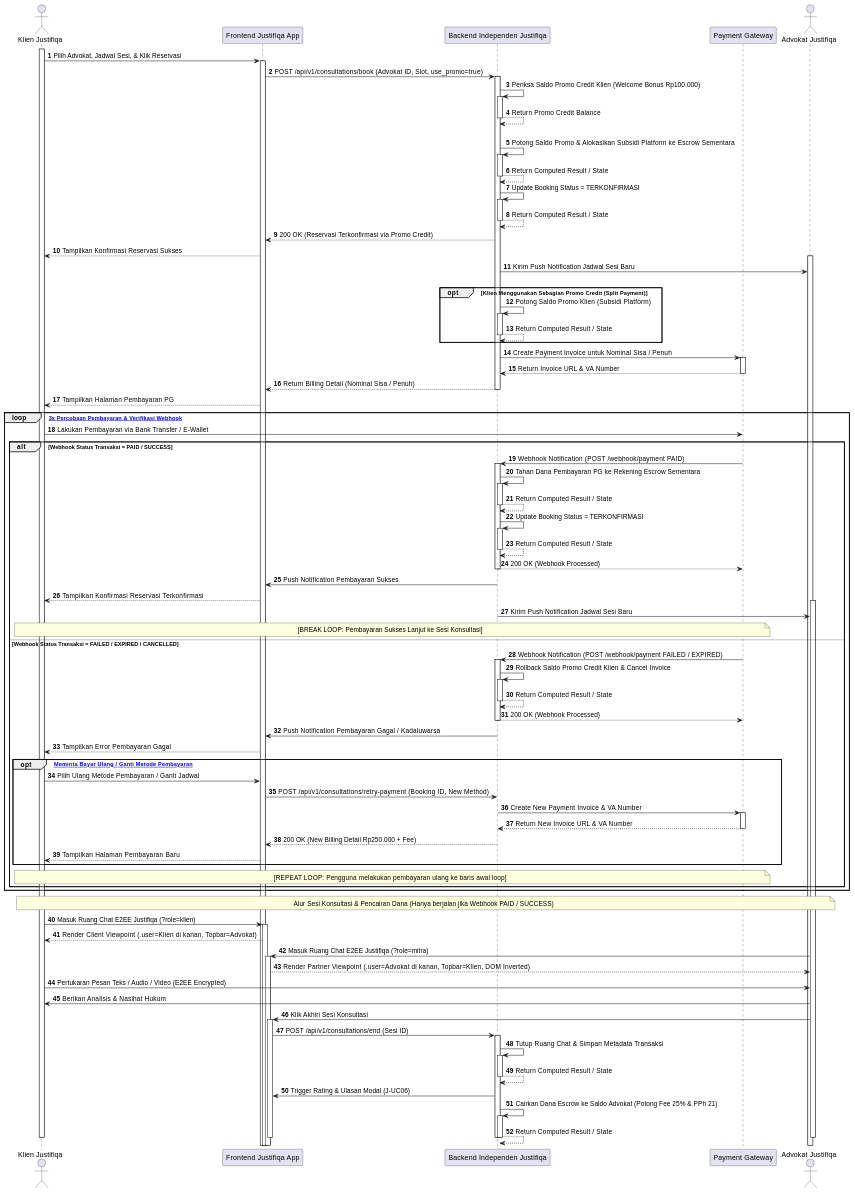
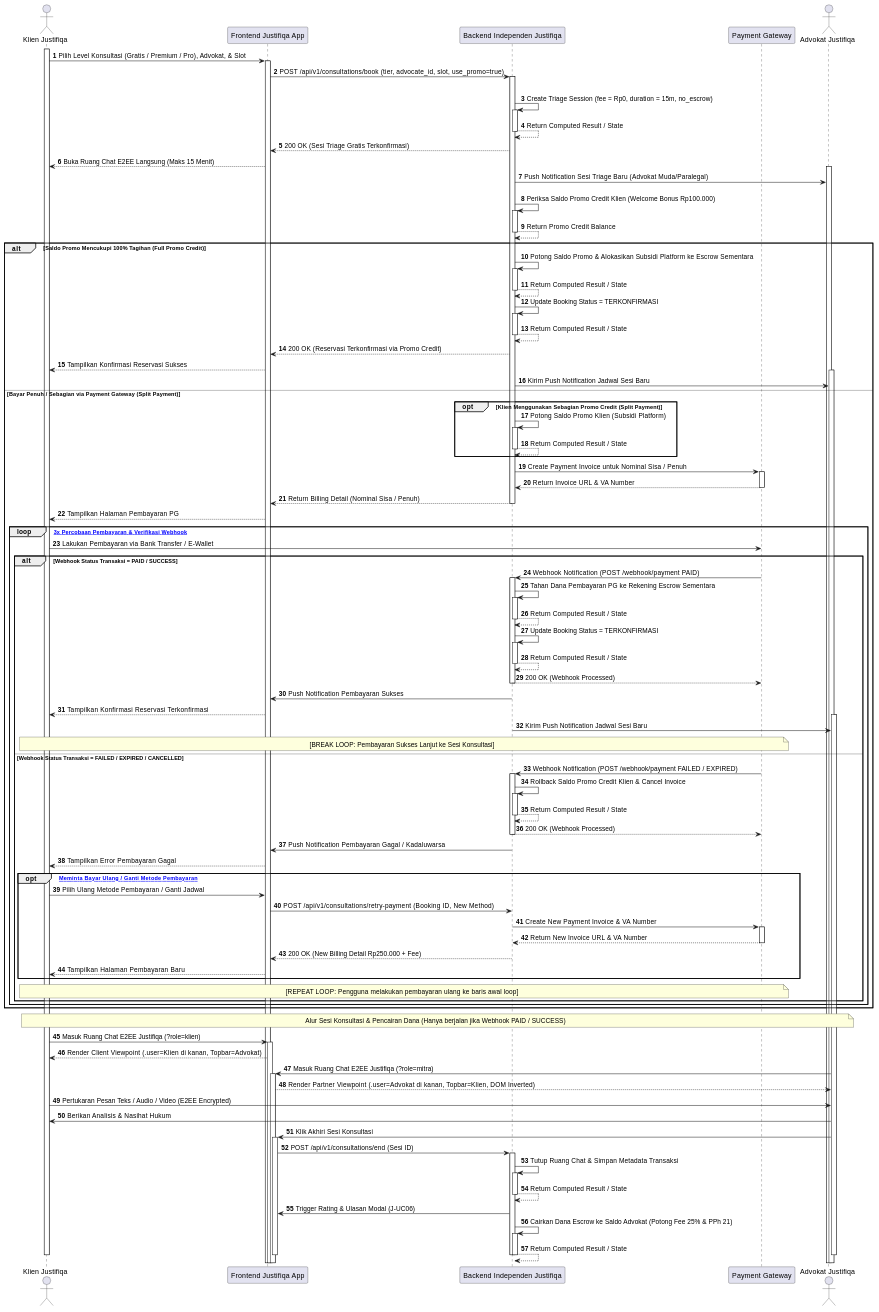
The third of 28 diagrams in MarkDown/plantuml_sequence_diagrams.md (tupperwureism/SuperApp-Gagal), drawn with PlantUML before and after one commit. The commit also changed 1 other file, not shown here.

Commit message:
feat(consultation): integrate 3-Tier Consultation Levels (Gratisan 15m Triage vs Premium vs Pro) into AD-J-03 and SD-J-03

```diff
--- a/MarkDown/plantuml_sequence_diagrams.md
+++ b/MarkDown/plantuml_sequence_diagrams.md
@@ -174,62 +174,72 @@
 actor "Advokat Justifiqa" as Mitra
 
 activate Klien
-Klien -> FE ++ : Pilih Advokat, Jadwal Sesi, & Klik Reservasi
-FE -> BE ++ : POST /api/v1/consultations/book (Advokat ID, Slot, use_promo=true)
-BE -> BE ++ : Periksa Saldo Promo Credit Klien (Welcome Bonus Rp100.000)
-BE --> BE -- : Return Promo Credit Balance
+Klien -> FE ++ : Pilih Level Konsultasi (Gratis / Premium / Pro), Advokat, & Slot
+FE -> BE ++ : POST /api/v1/consultations/book (tier, advocate_id, slot, use_promo=true)
 
-alt Saldo Promo Mencukupi 100% Tagihan (Full Promo Credit)
-    BE -> BE ++ : Potong Saldo Promo & Alokasikan Subsidi Platform ke Escrow Sementara
+alt Level Konsultasi = Gratis (Legal Triage - 15 Menit Text Chat)
+    BE -> BE ++ : Create Triage Session (fee = Rp0, duration = 15m, no_escrow)
     BE --> BE -- : Return Computed Result / State
-    BE -> BE ++ : Update Booking Status = TERKONFIRMASI
-    BE --> BE -- : Return Computed Result / State
-    BE --> FE : 200 OK (Reservasi Terkonfirmasi via Promo Credit)
-    FE --> Klien : Tampilkan Konfirmasi Reservasi Sukses
+    BE --> FE : 200 OK (Sesi Triage Gratis Terkonfirmasi)
+    FE --> Klien : Buka Ruang Chat E2EE Langsung (Maks 15 Menit)
     activate Mitra
-    BE -> Mitra : Kirim Push Notification Jadwal Sesi Baru
-else Bayar Penuh / Sebagian via Payment Gateway (Split Payment)
-    opt Klien Menggunakan Sebagian Promo Credit (Split Payment)
-        BE -> BE ++ : Potong Saldo Promo Klien (Subsidi Platform)
+    BE -> Mitra : Push Notification Sesi Triage Baru (Advokat Muda/Paralegal)
+else Level Konsultasi = Premium / Pro (Berbayar via Promo Credit / PG)
+    BE -> BE ++ : Periksa Saldo Promo Credit Klien (Welcome Bonus Rp100.000)
+    BE --> BE -- : Return Promo Credit Balance
+
+    alt Saldo Promo Mencukupi 100% Tagihan (Full Promo Credit)
+        BE -> BE ++ : Potong Saldo Promo & Alokasikan Subsidi Platform ke Escrow Sementara
         BE --> BE -- : Return Computed Result / State
-    end
-    BE -> PG ++ : Create Payment Invoice untuk Nominal Sisa / Penuh
-    PG --> BE -- : Return Invoice URL & VA Number
-    BE --> FE -- : Return Billing Detail (Nominal Sisa / Penuh)
-    FE --> Klien : Tampilkan Halaman Pembayaran PG
+        BE -> BE ++ : Update Booking Status = TERKONFIRMASI
+        BE --> BE -- : Return Computed Result / State
+        BE --> FE : 200 OK (Reservasi Terkonfirmasi via Promo Credit)
+        FE --> Klien : Tampilkan Konfirmasi Reservasi Sukses
+        activate Mitra
+        BE -> Mitra : Kirim Push Notification Jadwal Sesi Baru
+    else Bayar Penuh / Sebagian via Payment Gateway (Split Payment)
+        opt Klien Menggunakan Sebagian Promo Credit (Split Payment)
+            BE -> BE ++ : Potong Saldo Promo Klien (Subsidi Platform)
+            BE --> BE -- : Return Computed Result / State
+        end
+        BE -> PG ++ : Create Payment Invoice untuk Nominal Sisa / Penuh
+        PG --> BE -- : Return Invoice URL & VA Number
+        BE --> FE -- : Return Billing Detail (Nominal Sisa / Penuh)
+        FE --> Klien : Tampilkan Halaman Pembayaran PG
 
-    loop [Maksimal 3x Percobaan Pembayaran & Verifikasi Webhook]
-        Klien -> PG : Lakukan Pembayaran via Bank Transfer / E-Wallet
+        loop [Maksimal 3x Percobaan Pembayaran & Verifikasi Webhook]
+            Klien -> PG : Lakukan Pembayaran via Bank Transfer / E-Wallet
 
-        alt Webhook Status Transaksi = PAID / SUCCESS
-            PG -> BE ++ : Webhook Notification (POST /webhook/payment PAID)
-            BE -> BE ++ : Tahan Dana Pembayaran PG ke Rekening Escrow Sementara
-            BE --> BE -- : Return Computed Result / State
-            BE -> BE ++ : Update Booking Status = TERKONFIRMASI
-            BE --> BE -- : Return Computed Result / State
-            BE --> PG -- : 200 OK (Webhook Processed)
-            BE -> FE : Push Notification Pembayaran Sukses
-            FE --> Klien : Tampilkan Konfirmasi Reservasi Terkonfirmasi
-            activate Mitra
-            BE -> Mitra : Kirim Push Notification Jadwal Sesi Baru
-            note over Klien, PG : [BREAK LOOP: Pembayaran Sukses Lanjut ke Sesi Konsultasi]
-        else Webhook Status Transaksi = FAILED / EXPIRED / CANCELLED
-            PG -> BE ++ : Webhook Notification (POST /webhook/payment FAILED / EXPIRED)
-            BE -> BE ++ : Rollback Saldo Promo Credit Klien & Cancel Invoice
-            BE --> BE -- : Return Computed Result / State
-            BE --> PG -- : 200 OK (Webhook Processed)
-            BE -> FE : Push Notification Pembayaran Gagal / Kadaluwarsa
-            FE --> Klien : Tampilkan Error Pembayaran Gagal
-        
-        opt [Pengguna Meminta Bayar Ulang / Ganti Metode Pembayaran]
-            Klien -> FE : Pilih Ulang Metode Pembayaran / Ganti Jadwal
-            FE -> BE : POST /api/v1/consultations/retry-payment (Booking ID, New Method)
-            BE -> PG ++ : Create New Payment Invoice & VA Number
-            PG --> BE -- : Return New Invoice URL & VA Number
-            BE --> FE : 200 OK (New Billing Detail Rp250.000 + Fee)
-            FE --> Klien : Tampilkan Halaman Pembayaran Baru
+            alt Webhook Status Transaksi = PAID / SUCCESS
+                PG -> BE ++ : Webhook Notification (POST /webhook/payment PAID)
+                BE -> BE ++ : Tahan Dana Pembayaran PG ke Rekening Escrow Sementara
+                BE --> BE -- : Return Computed Result / State
+                BE -> BE ++ : Update Booking Status = TERKONFIRMASI
+                BE --> BE -- : Return Computed Result / State
+                BE --> PG -- : 200 OK (Webhook Processed)
+                BE -> FE : Push Notification Pembayaran Sukses
+                FE --> Klien : Tampilkan Konfirmasi Reservasi Terkonfirmasi
+                activate Mitra
+                BE -> Mitra : Kirim Push Notification Jadwal Sesi Baru
+                note over Klien, PG : [BREAK LOOP: Pembayaran Sukses Lanjut ke Sesi Konsultasi]
+            else Webhook Status Transaksi = FAILED / EXPIRED / CANCELLED
+                PG -> BE ++ : Webhook Notification (POST /webhook/payment FAILED / EXPIRED)
+                BE -> BE ++ : Rollback Saldo Promo Credit Klien & Cancel Invoice
+                BE --> BE -- : Return Computed Result / State
+                BE --> PG -- : 200 OK (Webhook Processed)
+                BE -> FE : Push Notification Pembayaran Gagal / Kadaluwarsa
+                FE --> Klien : Tampilkan Error Pembayaran Gagal
+            
+            opt [Pengguna Meminta Bayar Ulang / Ganti Metode Pembayaran]
+                Klien -> FE : Pilih Ulang Metode Pembayaran / Ganti Jadwal
+                FE -> BE : POST /api/v1/consultations/retry-payment (Booking ID, New Method)
+                BE -> PG ++ : Create New Payment Invoice & VA Number
+                PG --> BE -- : Return New Invoice URL & VA Number
+                BE --> FE : 200 OK (New Billing Detail Rp250.000 + Fee)
+                FE --> Klien : Tampilkan Halaman Pembayaran Baru
+            end
+            note over Klien, PG : [REPEAT LOOP: Pengguna melakukan pembayaran ulang ke baris awal loop]
         end
-        note over Klien, PG : [REPEAT LOOP: Pengguna melakukan pembayaran ulang ke baris awal loop]
     end
 end
 
```
